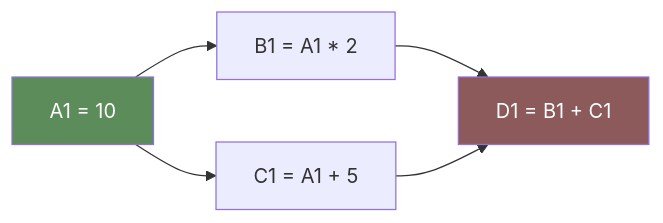
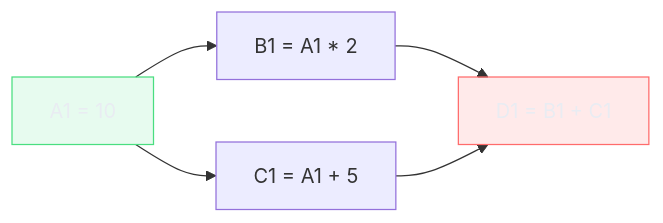
The first of 7 diagrams in 03-Dominios/Ciência/Paradigmas/12 - Programação reativa e dataflow.md (josenaldo/codex-technomanticus), drawn with Mermaid before and after one commit. The commit also changed other lines of this file and 1181 other files, not shown here.

First line of the commit message:
fix(diagramas): paleta do sistema no lugar de cor cravada no markdown

````diff
--- a/03-Dominios/Ciência/Paradigmas/12 - Programação reativa e dataflow.md
+++ b/03-Dominios/Ciência/Paradigmas/12 - Programação reativa e dataflow.md
@@ -31,9 +31,11 @@
 ```mermaid
 flowchart LR
+    classDef ok fill:#4ADE8021,stroke:#4ADE80,color:#E9ECF2
+    classDef falha fill:#FF6B6B24,stroke:#FF6B6B,color:#E9ECF2
     A["A1 = 10"] --> B["B1 = A1 * 2"]
     A --> C["C1 = A1 + 5"]
     B --> D["D1 = B1 + C1"]
     C --> D
-    style A fill:#5b8c5a,color:#fff
-    style D fill:#8c5a5a,color:#fff
+    class A ok
+    class D falha
 ```
````
